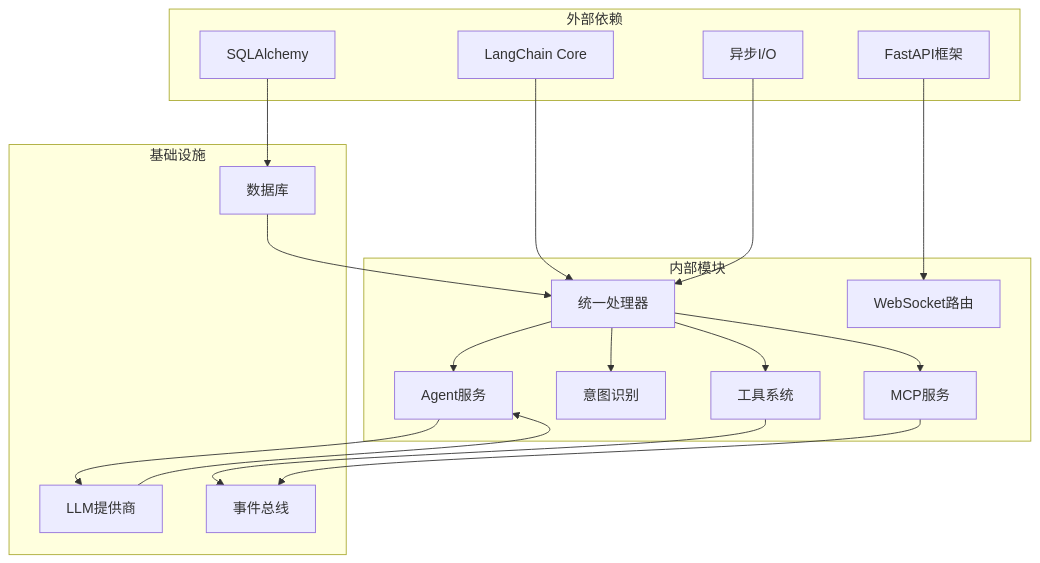
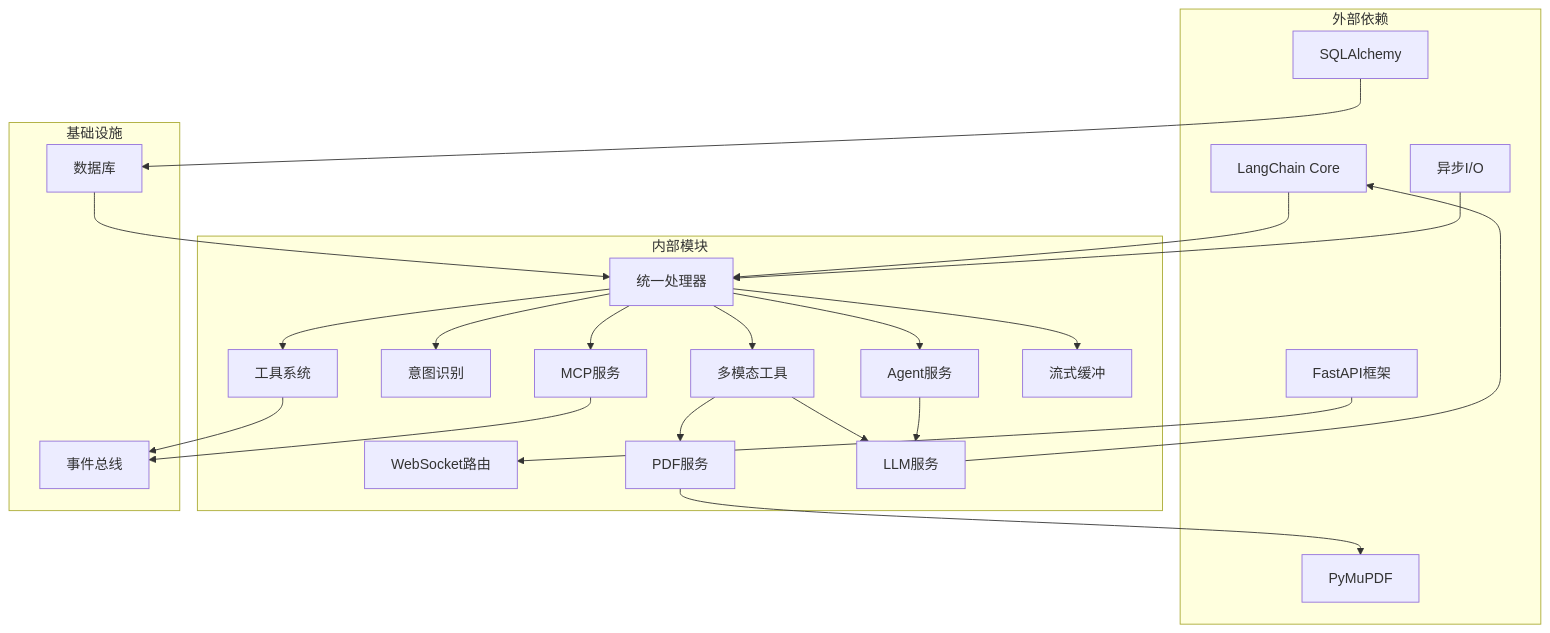
One commit to laohanhahaha/PaperChat changed the tenth of 10 diagrams in .qoder/repowiki/zh/content/后端系统/统一处理器系统.md. Above: the diagram before and after it, drawn with Mermaid. The commit also changed other lines of this file and 185 other files, not shown here.

````diff
--- a/.qoder/repowiki/zh/content/后端系统/统一处理器系统.md
+++ b/.qoder/repowiki/zh/content/后端系统/统一处理器系统.md
@@ -293,35 +467,44 @@
 ```mermaid
 graph TB
 subgraph "外部依赖"
 LangChain[LangChain Core]
 FastAPI[FastAPI框架]
 SQLAlchmey[SQLAlchemy]
 AsyncIO[异步I/O]
+PyMuPDF[PyMuPDF]
 end
 subgraph "内部模块"
 UnifiedHandler[统一处理器]
 AgentService[Agent服务]
 IntentModule[意图识别]
 ToolSystem[工具系统]
 MCPService[MCP服务]
 WebSocketRouter[WebSocket路由]
+MultimodalTools[多模态工具]
+PDFService[PDF服务]
+LLMService[LLM服务]
+ChunkBuffer[流式缓冲]
 end
 subgraph "基础设施"
 Database[数据库]
-LLMProvider[LLM提供商]
 EventBus[事件总线]
 end
 LangChain --> UnifiedHandler
 FastAPI --> WebSocketRouter
 SQLAlchmey --> Database
 AsyncIO --> UnifiedHandler
 UnifiedHandler --> AgentService
 UnifiedHandler --> IntentModule
 UnifiedHandler --> ToolSystem
 UnifiedHandler --> MCPService
-AgentService --> LLMProvider
+UnifiedHandler --> MultimodalTools
+MultimodalTools --> PDFService
+MultimodalTools --> LLMService
+UnifiedHandler --> ChunkBuffer
+AgentService --> LLMService
 ToolSystem --> EventBus
 MCPService --> EventBus
+PDFService --> PyMuPDF
 Database --> UnifiedHandler
-LLMProvider --> AgentService
+LLMService --> LangChain
 ```
````
